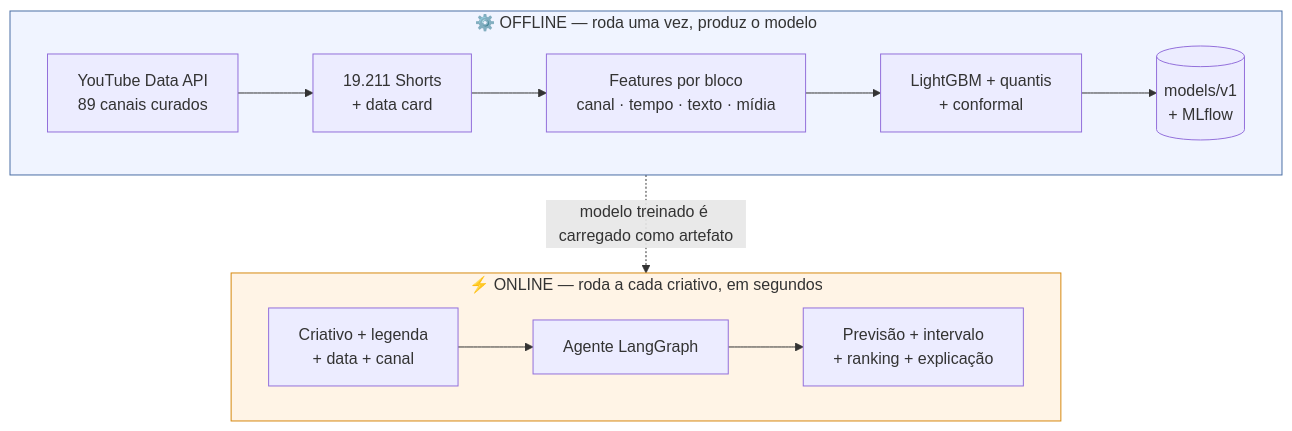
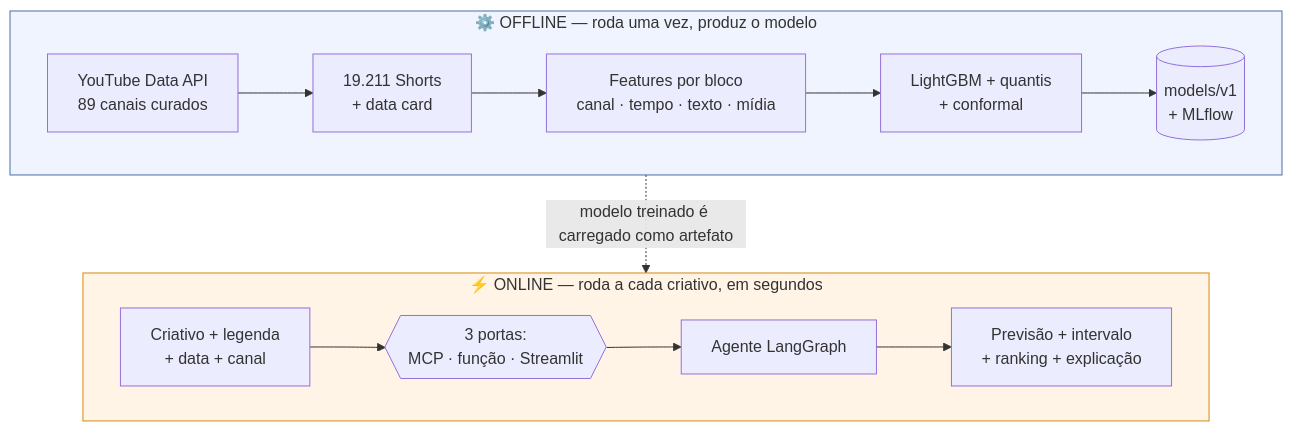
Before and after one commit to nandahelena/parallax-ai: the first of 5 diagrams in docs/pipeline.md, drawn with Mermaid. The commit also changed other lines of this file and 8 other files, not shown here.

````diff
--- a/docs/pipeline.md
+++ b/docs/pipeline.md
@@ -19,18 +19,19 @@
 ```mermaid
 flowchart TB
     subgraph OFF ["⚙️ OFFLINE — roda uma vez, produz o modelo"]
         direction LR
         A1["YouTube Data API<br/>89 canais curados"] --> A2["19.211 Shorts<br/>+ data card"]
         A2 --> A3["Features por bloco<br/>canal · tempo · texto · mídia"]
         A3 --> A4["LightGBM + quantis<br/>+ conformal"]
         A4 --> A5[("models/v1<br/>+ MLflow")]
     end
     subgraph ON ["⚡ ONLINE — roda a cada criativo, em segundos"]
         direction LR
-        B1["Criativo + legenda<br/>+ data + canal"] --> B2["Agente LangGraph"]
+        B1["Criativo + legenda<br/>+ data + canal"] --> B0{{"3 portas:<br/>MCP · função · Streamlit"}}
+        B0 --> B2["Agente LangGraph"]
         B2 --> B3["Previsão + intervalo<br/>+ ranking + explicação"]
     end
     A5 -.->|"modelo treinado é carregado como artefato"| B2
     style OFF fill:#f0f4ff,stroke:#4a6fa5
     style ON fill:#fff4e6,stroke:#d68910
 ```
````
